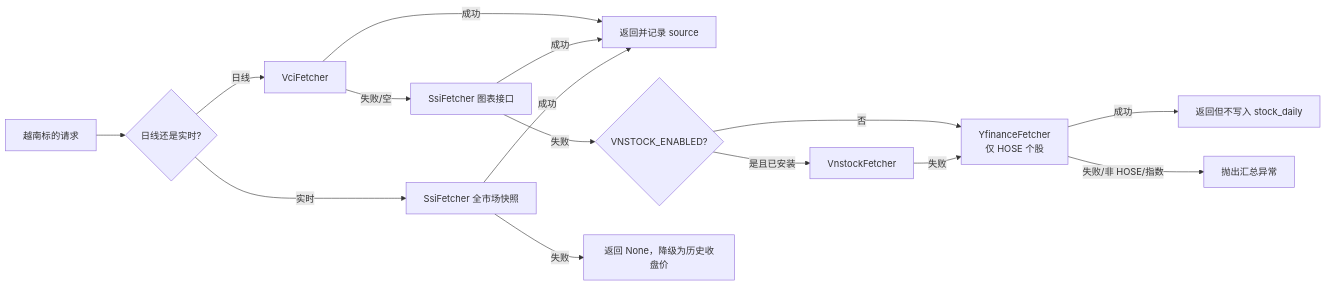
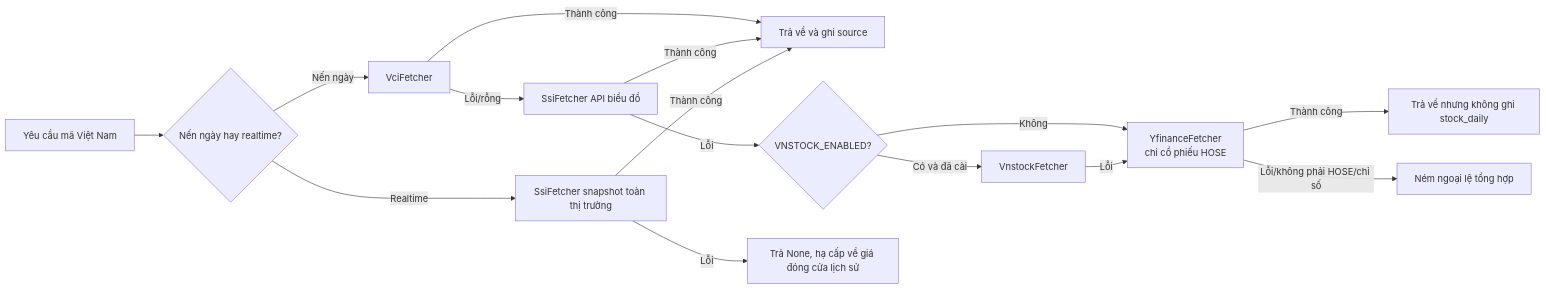
The diagram in docs/data-source-stability.md (tranvuhung/daily_stock_analysis), drawn with Mermaid before and after one commit. The commit also changed other lines of this file and 96 other files, not shown here.

````diff
--- a/docs/data-source-stability.md
+++ b/docs/data-source-stability.md
@@ -41,17 +22,17 @@
 ```mermaid
 flowchart LR
-    Q[越南标的请求] --> K{日线还是实时?}
-    K -->|日线| V[VciFetcher]
-    V -->|成功| OK[返回并记录 source]
-    V -->|失败/空| S1[SsiFetcher 图表接口]
-    S1 -->|成功| OK
-    S1 -->|失败| VS{VNSTOCK_ENABLED?}
-    VS -->|是且已安装| VN2[VnstockFetcher]
-    VS -->|否| Y[YfinanceFetcher<br/>仅 HOSE 个股]
-    VN2 -->|失败| Y
-    Y -->|成功| OKNB[返回但不写入 stock_daily]
-    Y -->|失败/非 HOSE/指数| FAIL[抛出汇总异常]
-    K -->|实时| S2[SsiFetcher 全市场快照]
-    S2 -->|成功| OK
-    S2 -->|失败| NONE[返回 None，降级为历史收盘价]
+    Q[Yêu cầu mã Việt Nam] --> K{Nến ngày hay realtime?}
+    K -->|Nến ngày| V[VciFetcher]
+    V -->|Thành công| OK[Trả về và ghi source]
+    V -->|Lỗi/rỗng| S1[SsiFetcher API biểu đồ]
+    S1 -->|Thành công| OK
+    S1 -->|Lỗi| VS{VNSTOCK_ENABLED?}
+    VS -->|Có và đã cài| VN2[VnstockFetcher]
+    VS -->|Không| Y[YfinanceFetcher<br/>chỉ cổ phiếu HOSE]
+    VN2 -->|Lỗi| Y
+    Y -->|Thành công| OKNB[Trả về nhưng không ghi stock_daily]
+    Y -->|Lỗi/không phải HOSE/chỉ số| FAIL[Ném ngoại lệ tổng hợp]
+    K -->|Realtime| S2[SsiFetcher snapshot toàn thị trường]
+    S2 -->|Thành công| OK
+    S2 -->|Lỗi| NONE[Trả None, hạ cấp về giá đóng cửa lịch sử]
 ```
````
